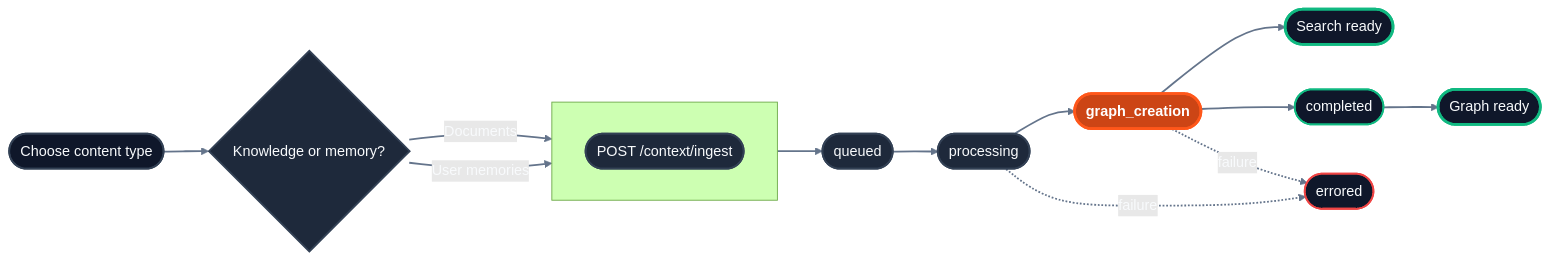
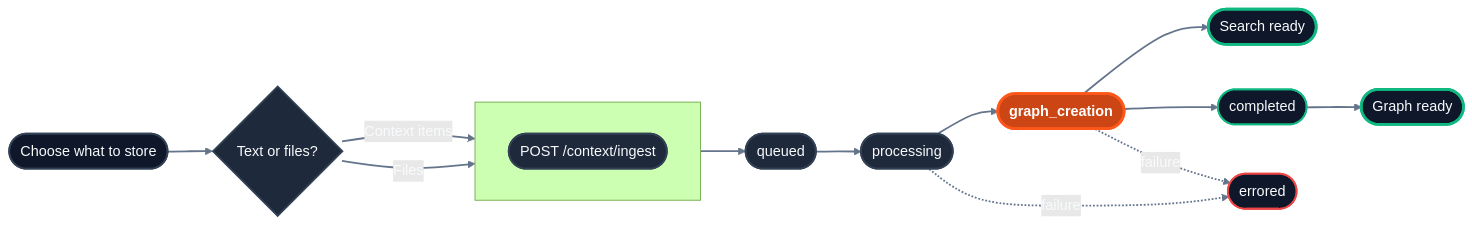
Before and after one commit to hydra-db/mintlify-docs: the diagram in api-reference/v2/endpoint/context-overview.mdx, drawn with Mermaid (forest theme). The commit also changed other lines of this file, not shown here.

Commit message:
docs(reference): Context overview describes one corpus of items (ENG-1618)

````diff
--- a/api-reference/v2/endpoint/context-overview.mdx
+++ b/api-reference/v2/endpoint/context-overview.mdx
@@ -39,34 +41,34 @@
 ```mermaid
 flowchart LR
-    A([Choose content type]) --> B{Knowledge or memory?}
+    A([Choose what to store]) --> B{Text or files?}
 
     subgraph Ingestion [" "]
       direction LR
       SI([POST /context/ingest])
     end
 
-    B -- Documents --> SI
-    B -- User memories --> SI
+    B -- Context items --> SI
+    B -- Files --> SI
 
     SI --> Q([queued])
     Q --> P([processing])
     P --> G([graph_creation])
     G --> R([Search ready])
     G --> C([completed])
     C --> GR([Graph ready])
 
     P -. failure .-> E([errored])
     G -. failure .-> E
 
     linkStyle default stroke:#64748b,stroke-width:2px,color:#f8fafc
     style A fill:#0f172a,stroke:#334155,stroke-width:2px,color:#f8fafc
     style B fill:#1e293b,stroke:#334155,stroke-width:2px,color:#f8fafc
     style SI fill:#1e293b,stroke:#334155,stroke-width:2px,color:#f8fafc
     style Q fill:#1e293b,stroke:#334155,stroke-width:2px,color:#f8fafc
     style P fill:#1e293b,stroke:#334155,stroke-width:2px,color:#f8fafc
     style G fill:#CC4515,stroke:#FF571A,stroke-width:3px,color:#ffffff,font-weight:bold
     style C fill:#0f172a,stroke:#10b981,stroke-width:2px,color:#f8fafc
     style R fill:#0f172a,stroke:#10b981,stroke-width:3px,color:#f8fafc
     style GR fill:#0f172a,stroke:#10b981,stroke-width:3px,color:#f8fafc
     style E fill:#0f172a,stroke:#ef4444,stroke-width:2px,color:#f8fafc
 ```
````
